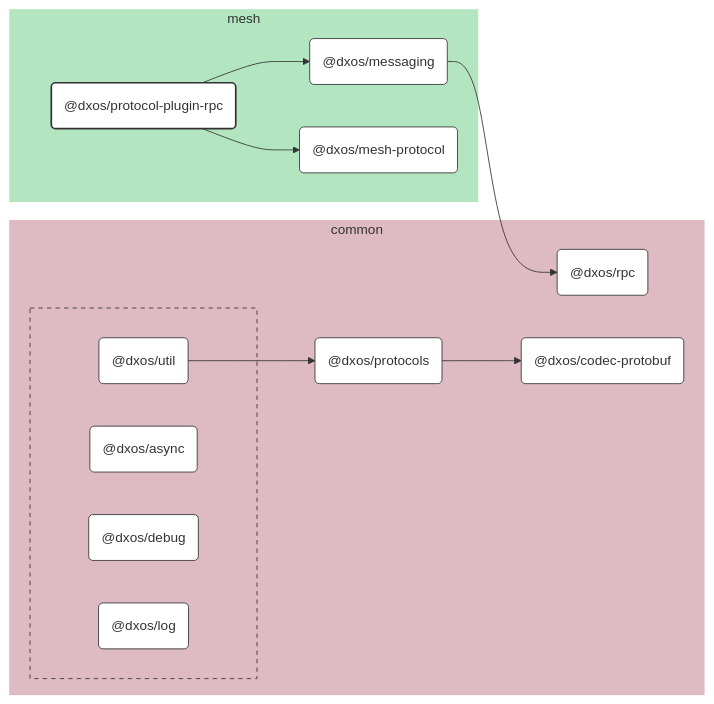
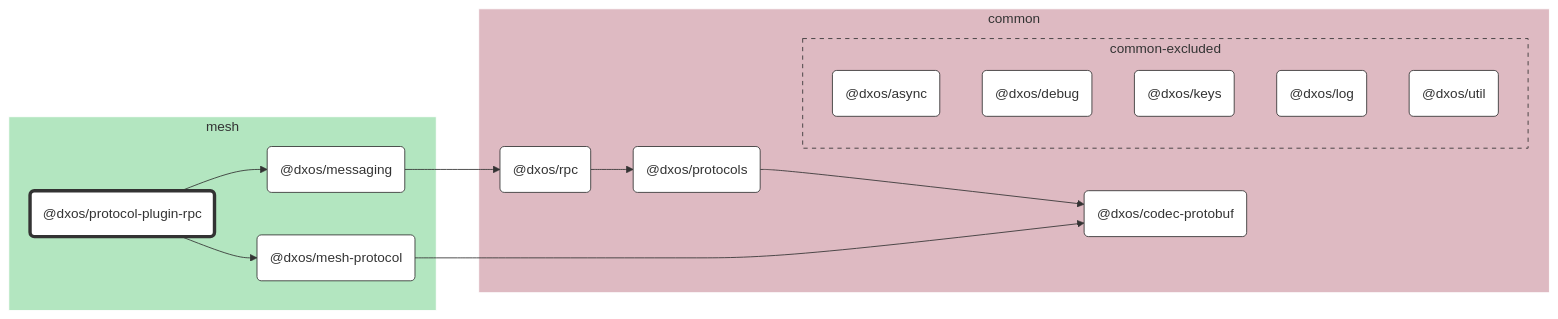
Before and after one commit to dxos/dxos: the diagram in packages/mesh/protocol-plugin-rpc/docs/README.md, drawn with Mermaid. The commit also changed other lines of this file and 683 other files, not shown here.

````diff
--- a/packages/mesh/protocol-plugin-rpc/docs/README.md
+++ b/packages/mesh/protocol-plugin-rpc/docs/README.md
@@ -7,67 +7,54 @@
 ```mermaid
 %%{ init: {'flowchart':{'curve':'basis'}} }%%
 
 flowchart LR
 
-%% Links
-dxos/messaging --> dxos/rpc;
-dxos/protocol-plugin-rpc --> dxos/mesh-protocol;
-dxos/protocol-plugin-rpc --> dxos/messaging;
-dxos/protocols --> dxos/codec-protobuf;
-dxos/util --> dxos/protocols;
+%% Classes
+classDef def fill:#fff,stroke:#333,stroke-width:1px
+classDef root fill:#fff,stroke:#333,stroke-width:4px
 
-%% Sections
-subgraph mesh
-  style mesh fill:#b3e6c0,stroke:#fff;
+%% Nodes
 
-  dxos/mesh-protocol("@dxos/mesh-protocol")
-  dxos/messaging("@dxos/messaging")
-  dxos/protocol-plugin-rpc("@dxos/protocol-plugin-rpc")
+subgraph mesh [mesh]
+  style mesh fill:#b3e6c0,stroke:#fff
+  dxos/protocol-plugin-rpc("@dxos/protocol-plugin-rpc"):::root
+  click dxos/protocol-plugin-rpc "dxos/dxos/tree/main/packages/mesh/protocol-plugin-rpc/docs"
+  dxos/messaging("@dxos/messaging"):::def
+  click dxos/messaging "dxos/dxos/tree/main/packages/mesh/messaging/docs"
+  dxos/mesh-protocol("@dxos/mesh-protocol"):::def
+  click dxos/mesh-protocol "dxos/dxos/tree/main/packages/mesh/mesh-protocol/docs"
 end
 
-subgraph common
-  style common fill:#debac2,stroke:#fff;
+subgraph common [common]
+  style common fill:#debac2,stroke:#fff
+  dxos/codec-protobuf("@dxos/codec-protobuf"):::def
+  click dxos/codec-protobuf "dxos/dxos/tree/main/packages/common/codec-protobuf/docs"
+  dxos/protocols("@dxos/protocols"):::def
+  click dxos/protocols "dxos/dxos/tree/main/packages/common/protocols/docs"
+  dxos/rpc("@dxos/rpc"):::def
+  click dxos/rpc "dxos/dxos/tree/main/packages/common/rpc/docs"
 
-  dxos/codec-protobuf("@dxos/codec-protobuf")
-  dxos/protocols("@dxos/protocols")
-  dxos/rpc("@dxos/rpc")
-
-  subgraph common-excluded [ ]
-    style common-excluded fill:#debac2,stroke:#333,stroke-dasharray:5 5;
-
-    dxos/async("@dxos/async")
-    dxos/debug("@dxos/debug")
-    dxos/log("@dxos/log")
-    dxos/util("@dxos/util")
+  subgraph common-excluded [common-excluded]
+    style common-excluded fill:#debac2,stroke:#333,stroke-dasharray:5 5
+    dxos/async("@dxos/async"):::def
+    click dxos/async "dxos/dxos/tree/main/packages/common/async/docs"
+    dxos/debug("@dxos/debug"):::def
+    click dxos/debug "dxos/dxos/tree/main/packages/common/debug/docs"
+    dxos/keys("@dxos/keys"):::def
+    click dxos/keys "dxos/dxos/tree/main/packages/common/keys/docs"
+    dxos/log("@dxos/log"):::def
+    click dxos/log "dxos/dxos/tree/main/packages/common/log/docs"
+    dxos/util("@dxos/util"):::def
+    click dxos/util "dxos/dxos/tree/main/packages/common/util/docs"
   end
 end
 
-
-%% Hyperlinks
-click dxos/async "dxos/dxos/tree/main/packages/common/async/docs";
-click dxos/codec-protobuf "dxos/dxos/tree/main/packages/common/codec-protobuf/docs";
-click dxos/debug "dxos/dxos/tree/main/packages/common/debug/docs";
-click dxos/log "dxos/dxos/tree/main/packages/common/log/docs";
-click dxos/mesh-protocol "dxos/dxos/tree/main/packages/mesh/mesh-protocol/docs";
-click dxos/messaging "dxos/dxos/tree/main/packages/mesh/messaging/docs";
-click dxos/protocols "dxos/dxos/tree/main/packages/common/protocols/docs";
-click dxos/rpc "dxos/dxos/tree/main/packages/common/rpc/docs";
-click dxos/util "dxos/dxos/tree/main/packages/common/util/docs";
-
-%% Styles
-classDef rootNode fill:#fff,stroke:#333,stroke-width:2px
-classDef defaultNode fill:#fff,stroke:#333,stroke-width:1px
+%% Links
 linkStyle default stroke:#333,stroke-width:1px
-
-dxos/protocol-plugin-rpc:::rootNode
-
-dxos/async:::defaultNode
-dxos/codec-protobuf:::defaultNode
-dxos/debug:::defaultNode
-dxos/log:::defaultNode
-dxos/mesh-protocol:::defaultNode
-dxos/messaging:::defaultNode
-dxos/protocols:::defaultNode
-dxos/rpc:::defaultNode
-dxos/util:::defaultNode
+dxos/protocol-plugin-rpc --> dxos/messaging
+dxos/protocols --> dxos/codec-protobuf
+dxos/messaging --> dxos/rpc
+dxos/rpc --> dxos/protocols
+dxos/protocol-plugin-rpc --> dxos/mesh-protocol
+dxos/mesh-protocol --> dxos/codec-protobuf
 ```
````
